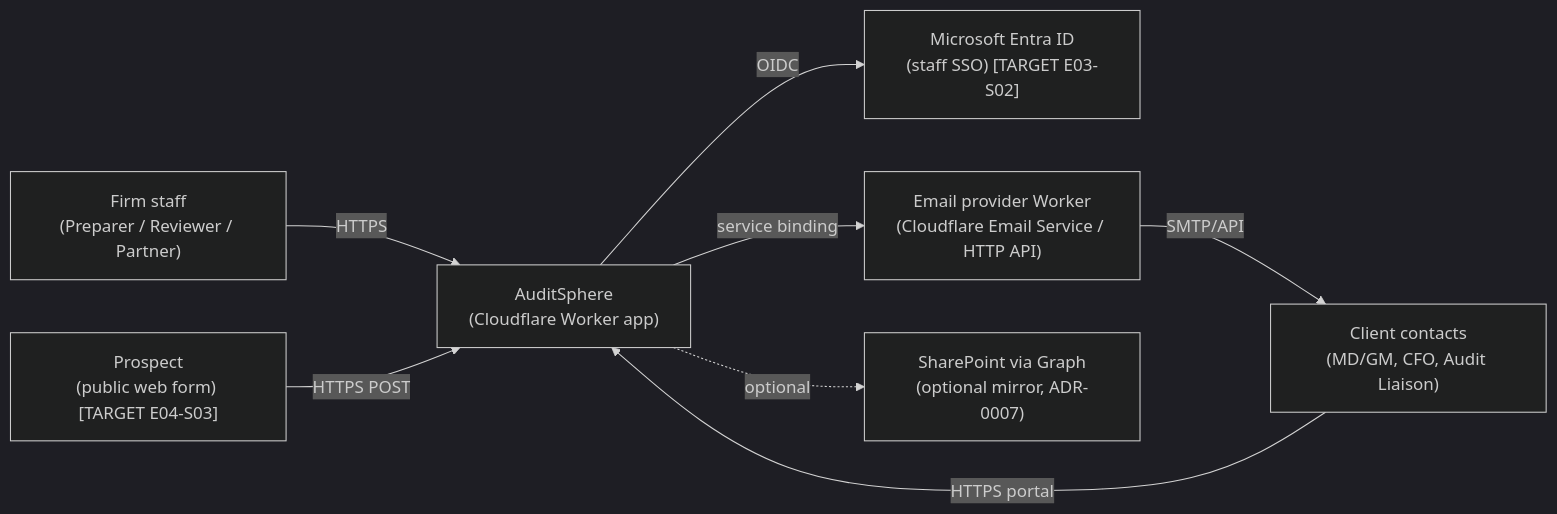
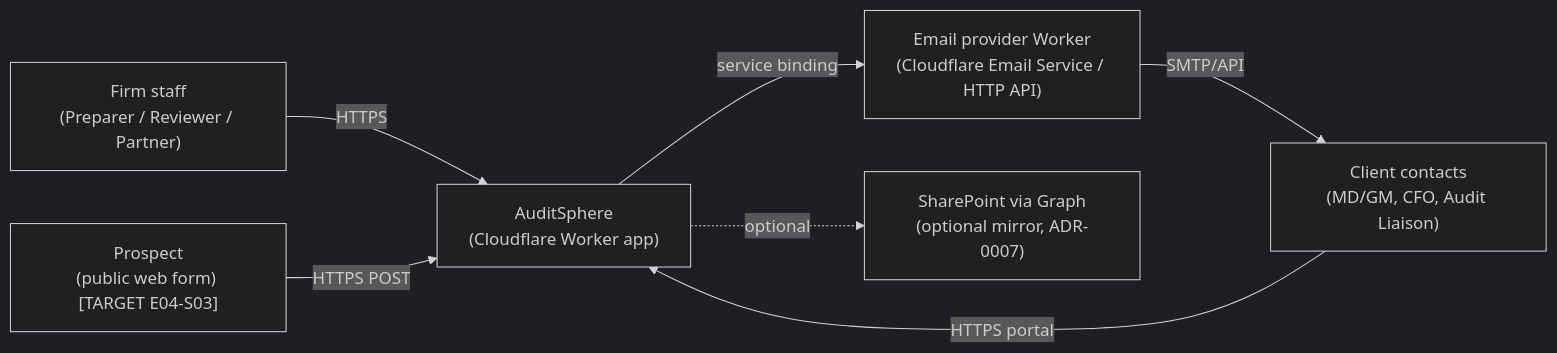
One commit to nirzaf/auditsphere-practice-prototype changed the first of 2 diagrams in docs/architecture/overview.md. Above: the diagram before and after it, drawn with Mermaid (dark theme). The commit also changed other lines of this file and 58 other files, not shown here.

````diff
--- a/docs/architecture/overview.md
+++ b/docs/architecture/overview.md
@@ -7,17 +9,15 @@
 ```mermaid
 flowchart LR
   staff["Firm staff<br/>(Preparer / Reviewer / Partner)"]
   client["Client contacts<br/>(MD/GM, CFO, Audit Liaison)"]
   public["Prospect<br/>(public web form) [TARGET E04-S03]"]
   as["AuditSphere<br/>(Cloudflare Worker app)"]
-  idp["Microsoft Entra ID<br/>(staff SSO) [TARGET E03-S02]"]
   mail["Email provider Worker<br/>(Cloudflare Email Service / HTTP API)"]
   sp["SharePoint via Graph<br/>(optional mirror, ADR-0007)"]
   staff -->|HTTPS| as
   client -->|HTTPS portal| as
   public -->|HTTPS POST| as
-  as -->|OIDC| idp
   as -->|service binding| mail
   as -.->|optional| sp
   mail -->|SMTP/API| client
 ```
````
